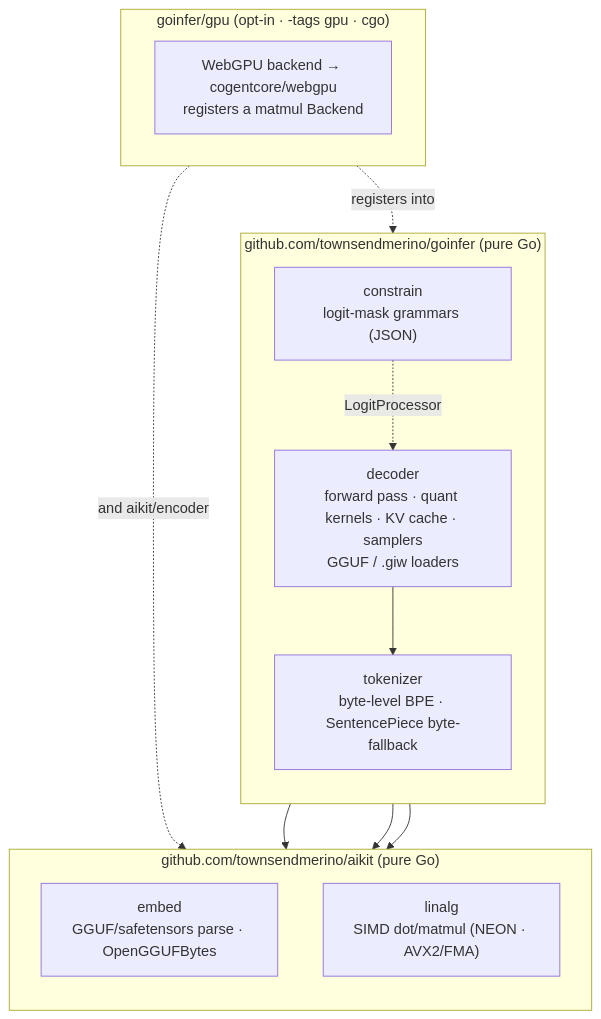
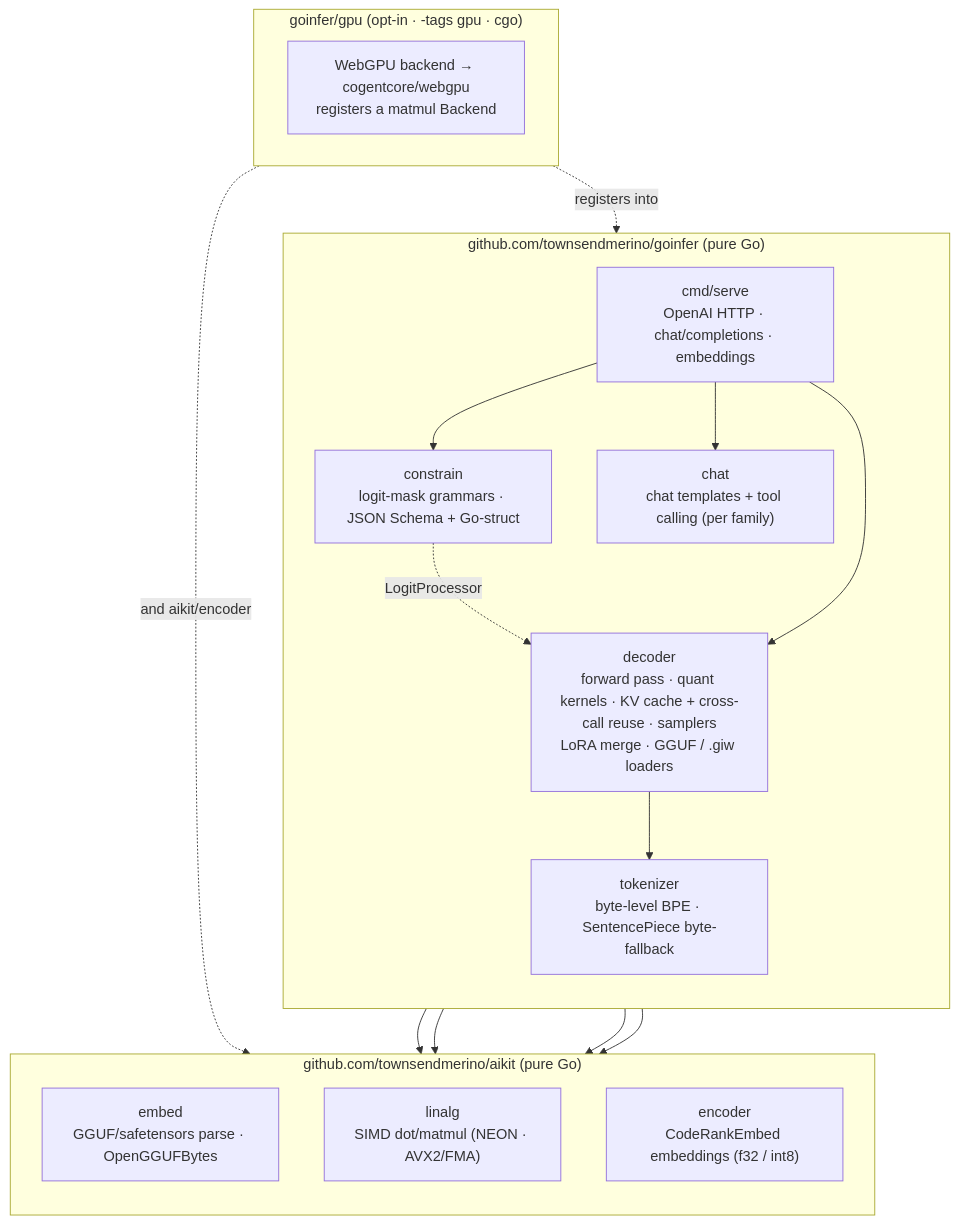
One commit to townsendmerino/goinfer changed the third of 3 diagrams in docs/ARCHITECTURE.md. Above: the diagram before and after it, drawn with Mermaid. The commit also changed other lines of this file and 2 other files, not shown here.

Commit message:
docs: cut CHANGELOG v0.3.0; ARCHITECTURE + doc.go for serve/chat/embeddings/LoRA
- CHANGELOG [Unreleased] → [v0.3.0] (2026-06-07), adding the embeddings endpoint
  and prompt-prefix KV reuse entries and the aikit v1.0.0 / optional-model notes.
- ARCHITECTURE module map gains chat, cmd/serve, and aikit/encoder (embeddings),
  and notes KV reuse + LoRA; constrain labeled JSON Schema + Go-struct.
- decoder/doc.go notes the optional PEFT LoRA merge in the Weights bullet.

````diff
--- a/docs/ARCHITECTURE.md
+++ b/docs/ARCHITECTURE.md
@@ -128,27 +131,34 @@
 ```mermaid
 flowchart TB
   subgraph GOINFER["github.com/townsendmerino/goinfer  (pure Go)"]
     direction TB
-    DEC["decoder<br/>forward pass · quant kernels · KV cache · samplers<br/>GGUF / .giw loaders"]
+    DEC["decoder<br/>forward pass · quant kernels · KV cache + cross-call reuse · samplers<br/>LoRA merge · GGUF / .giw loaders"]
     TKN["tokenizer<br/>byte-level BPE · SentencePiece byte-fallback"]
-    CON["constrain<br/>logit-mask grammars (JSON)"]
+    CON["constrain<br/>logit-mask grammars · JSON Schema + Go-struct"]
+    CHT["chat<br/>chat templates + tool calling (per family)"]
+    SRV["cmd/serve<br/>OpenAI HTTP · chat/completions · embeddings"]
     DEC --> TKN
     CON -. "LogitProcessor" .-> DEC
+    SRV --> DEC
+    SRV --> CHT
+    SRV --> CON
   end
 
   subgraph AIKIT["github.com/townsendmerino/aikit  (pure Go)"]
     direction TB
     EMBP["embed<br/>GGUF/safetensors parse · OpenGGUFBytes"]
     LIN["linalg<br/>SIMD dot/matmul (NEON · AVX2/FMA)"]
+    ENC["encoder<br/>CodeRankEmbed embeddings (f32 / int8)"]
   end
 
   DEC --> EMBP
   DEC --> LIN
   TKN --> EMBP
+  SRV --> ENC
 
   subgraph GPU["goinfer/gpu  (opt-in · -tags gpu · cgo)"]
     WG["WebGPU backend → cogentcore/webgpu<br/>registers a matmul Backend"]
   end
   GPU -. "registers into" .-> DEC
   GPU -. "and aikit/encoder" .-> AIKIT
 ```
````
